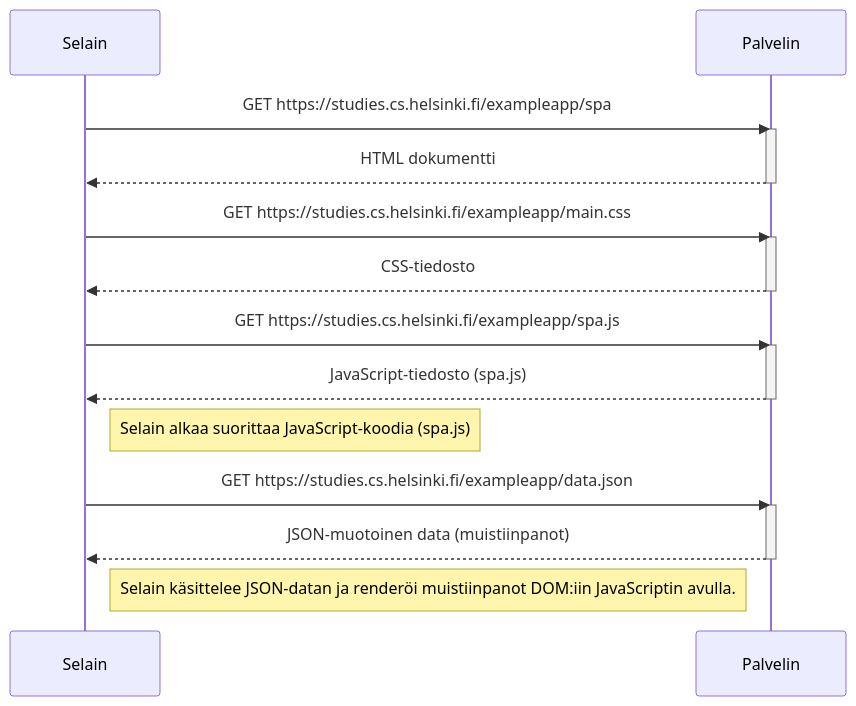
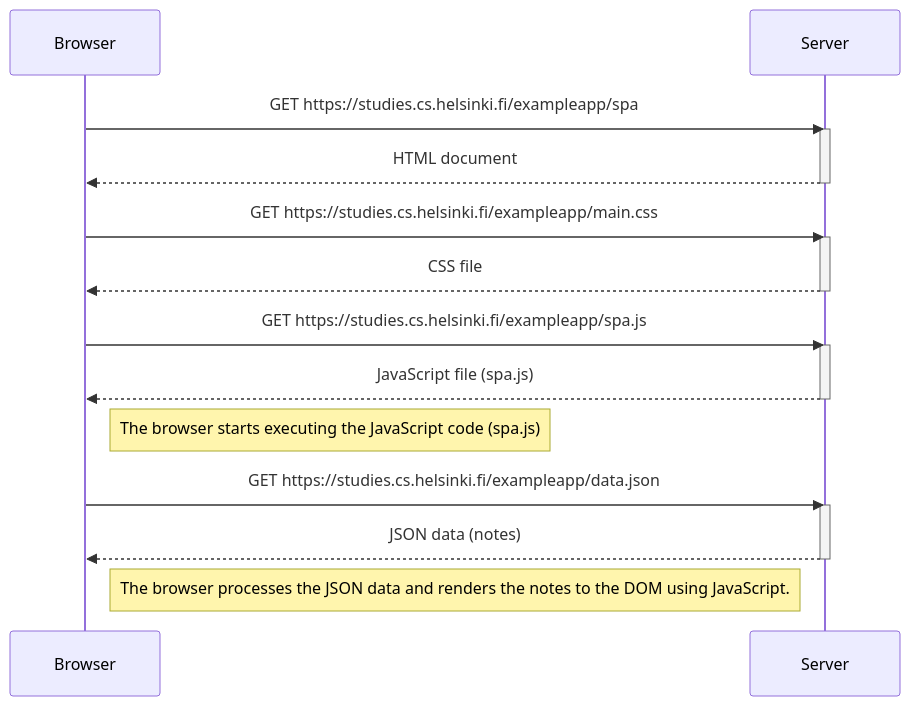
The diagram in osa0/05.md (jova486/Fullstack), drawn with Mermaid before and after one commit.

````diff
--- a/osa0/05.md
+++ b/osa0/05.md
@@ -1,32 +1,32 @@
 ```mermaid
 
 sequenceDiagram
-    participant browser as Selain
-    participant server as Palvelin
+    participant browser as Browser
+    participant server as Server
 
     browser->>server: GET https://studies.cs.helsinki.fi/exampleapp/spa
     activate server
-    server-->>browser: HTML dokumentti
+    server-->>browser: HTML document
     deactivate server
 
     browser->>server: GET https://studies.cs.helsinki.fi/exampleapp/main.css
     activate server
-    server-->>browser: CSS-tiedosto
+    server-->>browser: CSS file
     deactivate server
 
     browser->>server: GET https://studies.cs.helsinki.fi/exampleapp/spa.js
     activate server
-    server-->>browser: JavaScript-tiedosto (spa.js)
+    server-->>browser: JavaScript file (spa.js)
     deactivate server
 
-    Note right of browser: Selain alkaa suorittaa JavaScript-koodia (spa.js)
+    Note right of browser: The browser starts executing the JavaScript code (spa.js)
 
     browser->>server: GET https://studies.cs.helsinki.fi/exampleapp/data.json
     activate server
-    server-->>browser: JSON-muotoinen data (muistiinpanot)
+    server-->>browser: JSON data (notes)
     deactivate server
 
-    Note right of browser: Selain käsittelee JSON-datan ja renderöi muistiinpanot DOM:iin JavaScriptin avulla.
+    Note right of browser: The browser processes the JSON data and renders the notes to the DOM using JavaScript.
 
 
 ```
````
